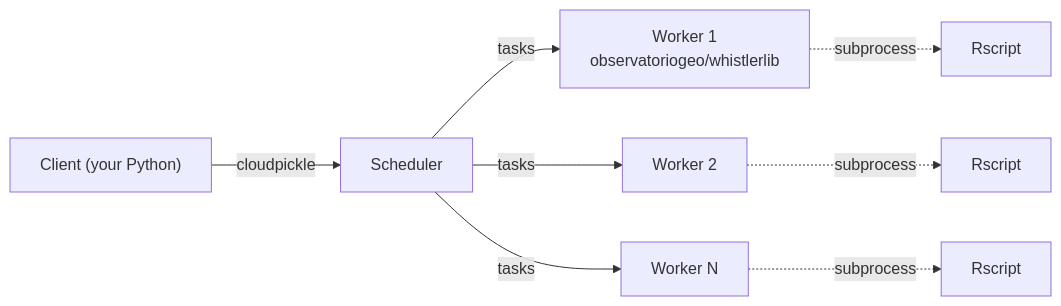
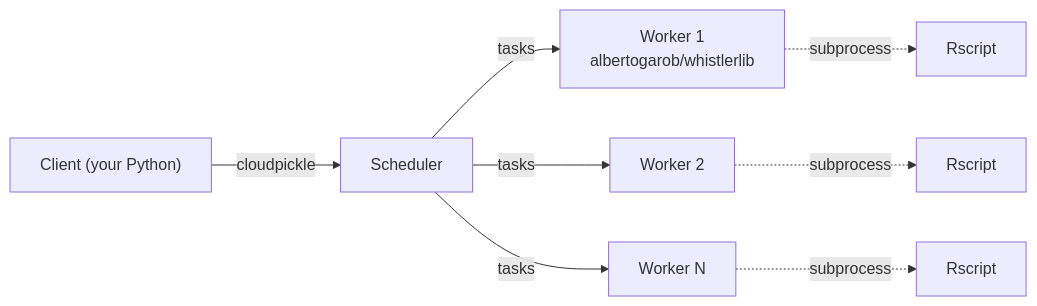
The diagram in README.md (observatoriogeo/whistlerlib), drawn with Mermaid before and after one commit. The commit also changed other lines of this file and 18 other files, not shown here.

First line of the commit message:
Rename Docker image namespace from observatoriogeo to albertogarob

````diff
--- a/README.md
+++ b/README.md
@@ -130,10 +130,10 @@
 ```mermaid
 flowchart LR
     Client["Client (your Python)"] -->|cloudpickle| Scheduler
-    Scheduler -->|tasks| W1["Worker 1<br/>observatoriogeo/whistlerlib"]
+    Scheduler -->|tasks| W1["Worker 1<br/>albertogarob/whistlerlib"]
     Scheduler -->|tasks| W2["Worker 2"]
     Scheduler -->|tasks| WN["Worker N"]
     W1 -.->|subprocess| R1["Rscript"]
     W2 -.->|subprocess| R2["Rscript"]
     WN -.->|subprocess| RN["Rscript"]
 ```
````
